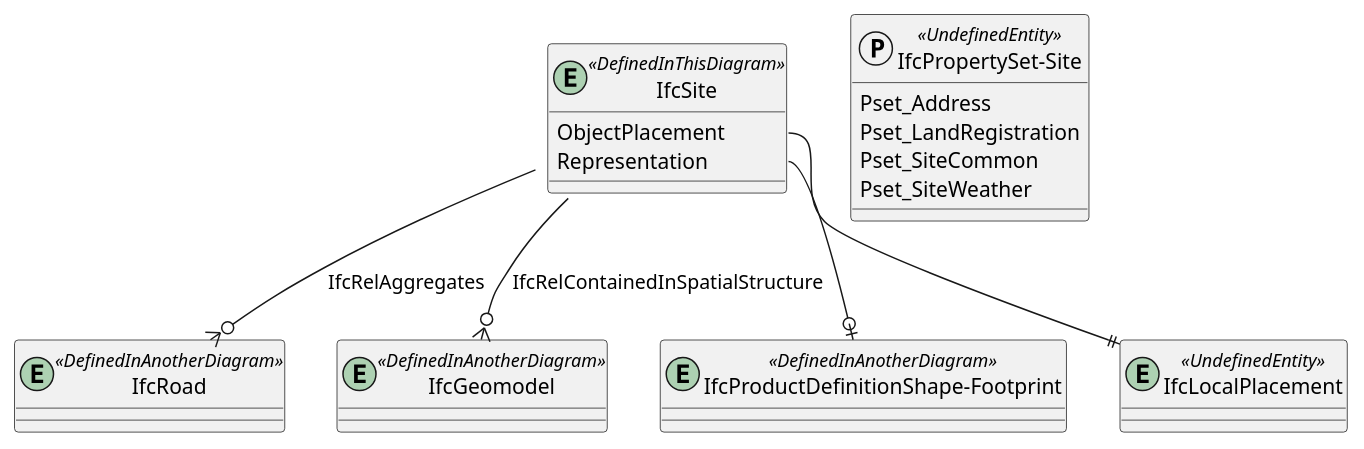
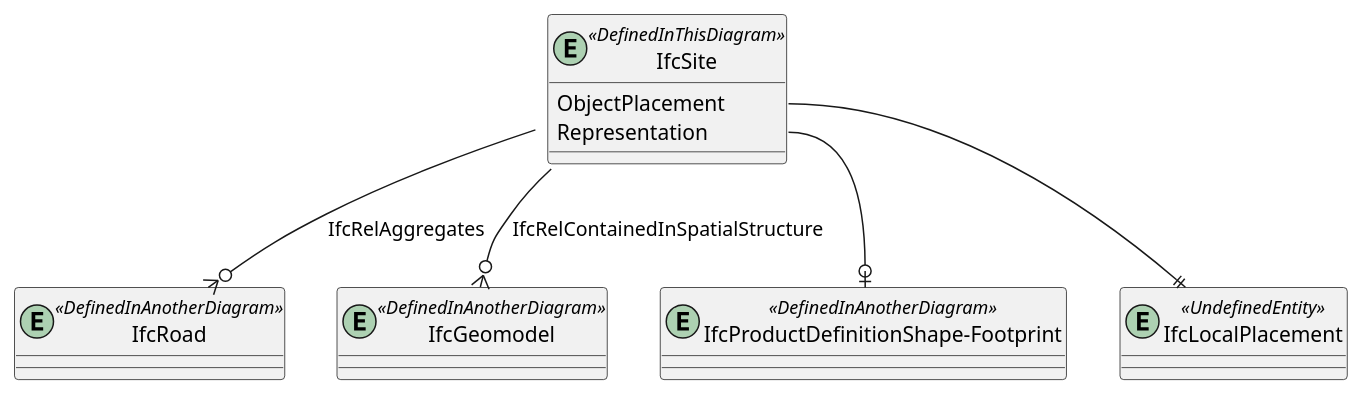
The diagram in diagrams/bsf-IfcSite.pu (buildingSMART-Finland/RYTV-IFCRoute), drawn with PlantUML before and after one commit. The commit also changed 1 other file, not shown here.

```diff
--- a/diagrams/bsf-IfcSite.pu
+++ b/diagrams/bsf-IfcSite.pu
@@ -1,33 +1,25 @@
 @startuml 
 
 entity IfcSite <<DefinedInThisDiagram>>
 {
   ObjectPlacement
   Representation
 }
 
 entity IfcRoad <<DefinedInAnotherDiagram>> 
 
 IfcSite--o{IfcRoad : IfcRelAggregates
-
-protocol "IfcPropertySet-Site" <<UndefinedEntity>>
-{
-  Pset_Address
-  Pset_LandRegistration
-  Pset_SiteCommon
-  Pset_SiteWeather
-}
 
 entity IfcGeomodel <<DefinedInAnotherDiagram>>
 IfcSite::ContainsElements--o{IfcGeomodel : IfcRelContainedInSpatialStructure
 
 
 entity "IfcProductDefinitionShape-Footprint" <<DefinedInAnotherDiagram>>
 IfcSite::Representation --o| "IfcProductDefinitionShape-Footprint"
 
 entity IfcLocalPlacement <<UndefinedEntity>>
 IfcSite::ObjectPlacement--||IfcLocalPlacement
 
 
 
 @enduml
```
